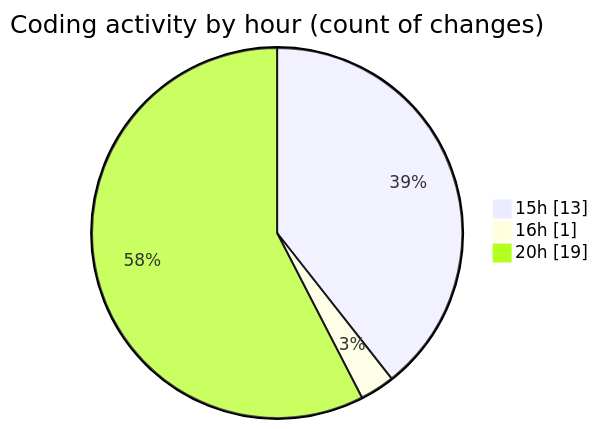
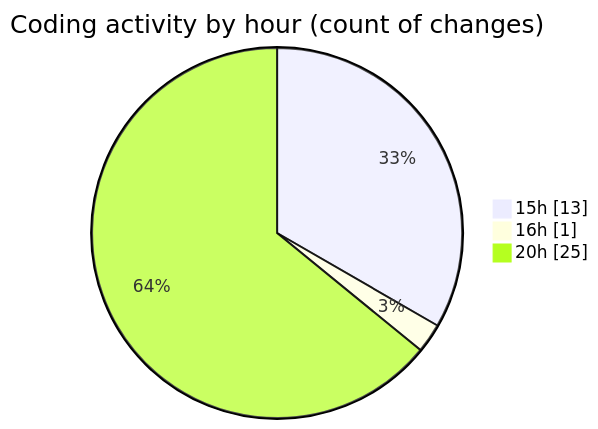
The second of 2 diagrams in 2025-07-17/ribbon/README.md (EIIisD/code-tracking), drawn with Mermaid before and after one commit. The commit also changed other lines of this file and 1 other file, not shown here.

````diff
--- a/2025-07-17/ribbon/README.md
+++ b/2025-07-17/ribbon/README.md
@@ -45,7 +45,7 @@
 ```mermaid
 pie showData
 title Coding activity by hour (count of changes)
 "15h" : 13
 "16h" : 1
-"20h" : 19
+"20h" : 25
 ```
````
